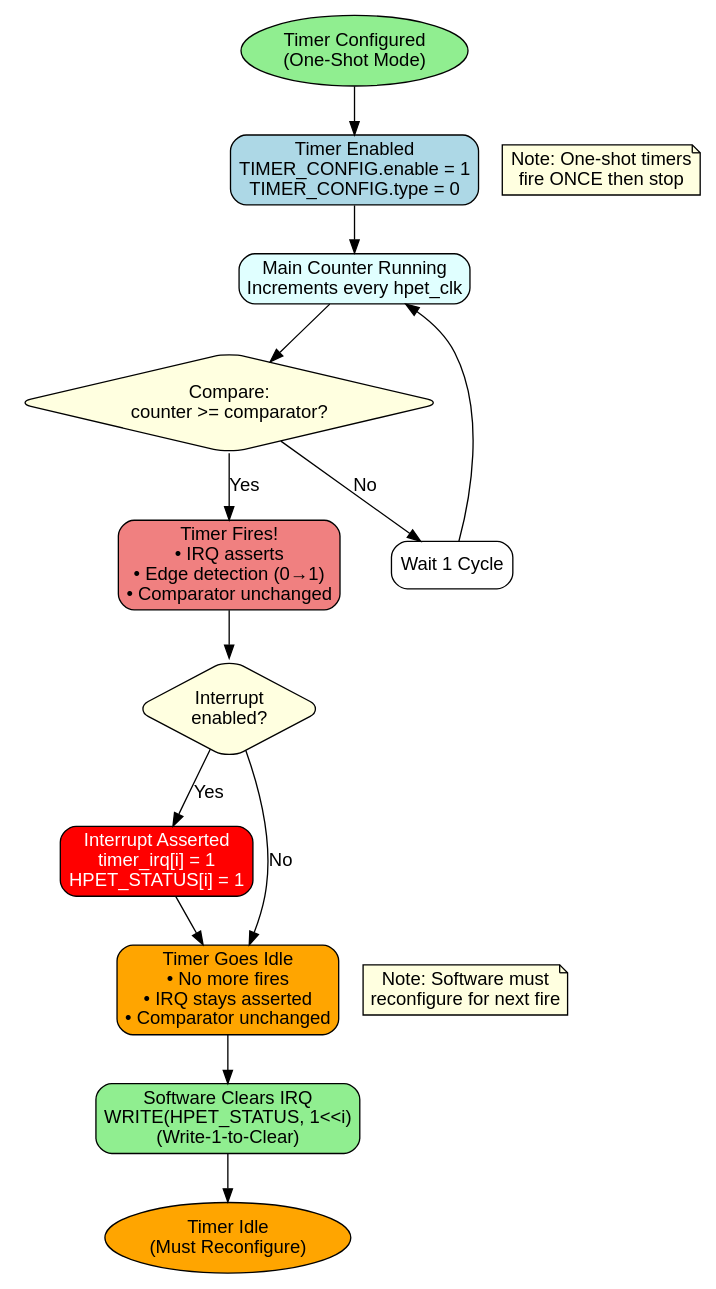
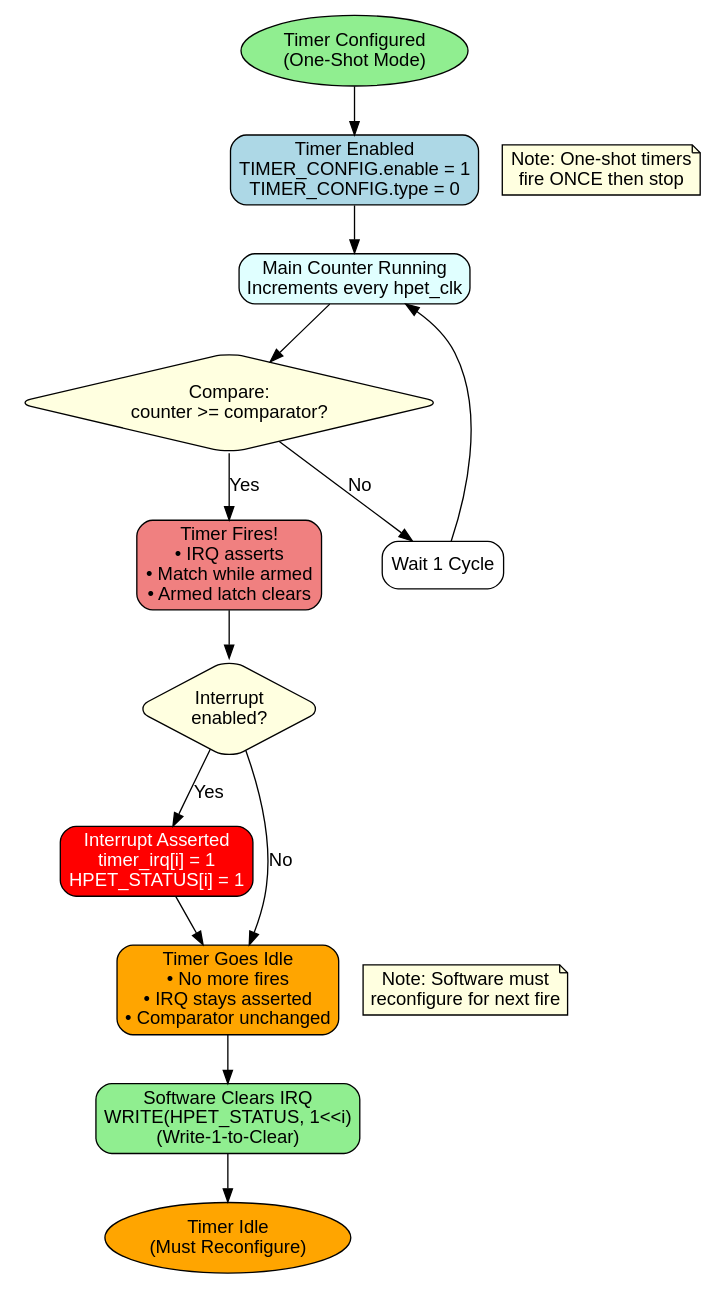
Before and after one commit to sean-galloway/RTLDesignSherpa: the diagram in projects/components/retro_legacy_blocks/docs/hpet_mas/assets/graphviz/oneshot_timer.dot, drawn with Graphviz. The commit also changed 44 other files, not shown here.

First line of the commit message:
fix(rlb/hpet): per-bit W1C mirror, independent counter halves, armed latch + epoch hold (#46)

```diff
--- a/projects/components/retro_legacy_blocks/docs/hpet_mas/assets/graphviz/oneshot_timer.dot
+++ b/projects/components/retro_legacy_blocks/docs/hpet_mas/assets/graphviz/oneshot_timer.dot
@@ -1,49 +1,49 @@
 // HPET One-Shot Timer Operation
 // Render with: dot -Tpng oneshot_timer.dot -o oneshot_timer.png
 
 digraph oneshot_timer {
     rankdir=TB;
     node [shape=box, style="rounded,filled", fillcolor=lightblue, fontname="Arial"];
     edge [fontname="Arial"];
 
     start [label="Timer Configured\n(One-Shot Mode)", shape=ellipse, fillcolor=lightgreen];
     end [label="Timer Idle\n(Must Reconfigure)", shape=ellipse, fillcolor=orange];
 
     start -> timer_enabled;
 
     timer_enabled [label="Timer Enabled\nTIMER_CONFIG.enable = 1\nTIMER_CONFIG.type = 0"];
     timer_enabled -> counter_running;
 
     counter_running [label="Main Counter Running\nIncrements every hpet_clk", fillcolor=lightcyan];
     counter_running -> compare;
 
     compare [label="Compare:\ncounter >= comparator?", shape=diamond, fillcolor=lightyellow];
     compare -> wait_cycle [label="No"];
     compare -> fire_detect [label="Yes"];
 
     wait_cycle [label="Wait 1 Cycle", fillcolor=white];
     wait_cycle -> counter_running;
 
-    fire_detect [label="Timer Fires!\n• IRQ asserts\n• Edge detection (0→1)\n• Comparator unchanged", fillcolor=lightcoral];
+    fire_detect [label="Timer Fires!\n• IRQ asserts\n• Match while armed\n• Armed latch clears", fillcolor=lightcoral];
     fire_detect -> irq_check;
 
     irq_check [label="Interrupt\nenabled?", shape=diamond, fillcolor=lightyellow];
     irq_check -> irq_assert [label="Yes"];
     irq_check -> timer_idle [label="No"];
 
     irq_assert [label="Interrupt Asserted\ntimer_irq[i] = 1\nHPET_STATUS[i] = 1", fillcolor=red, fontcolor=white];
     irq_assert -> timer_idle;
 
     timer_idle [label="Timer Goes Idle\n• No more fires\n• IRQ stays asserted\n• Comparator unchanged", fillcolor=orange];
     timer_idle -> sw_clear;
 
     sw_clear [label="Software Clears IRQ\nWRITE(HPET_STATUS, 1<<i)\n(Write-1-to-Clear)", fillcolor=lightgreen];
     sw_clear -> end;
 
     // Notes
     note1 [label="Note: One-shot timers\nfire ONCE then stop", shape=note, fillcolor=lightyellow, style=filled];
     note2 [label="Note: Software must\nreconfigure for next fire", shape=note, fillcolor=lightyellow, style=filled];
 
     {rank=same; timer_enabled; note1;}
     {rank=same; timer_idle; note2;}
 }
```
